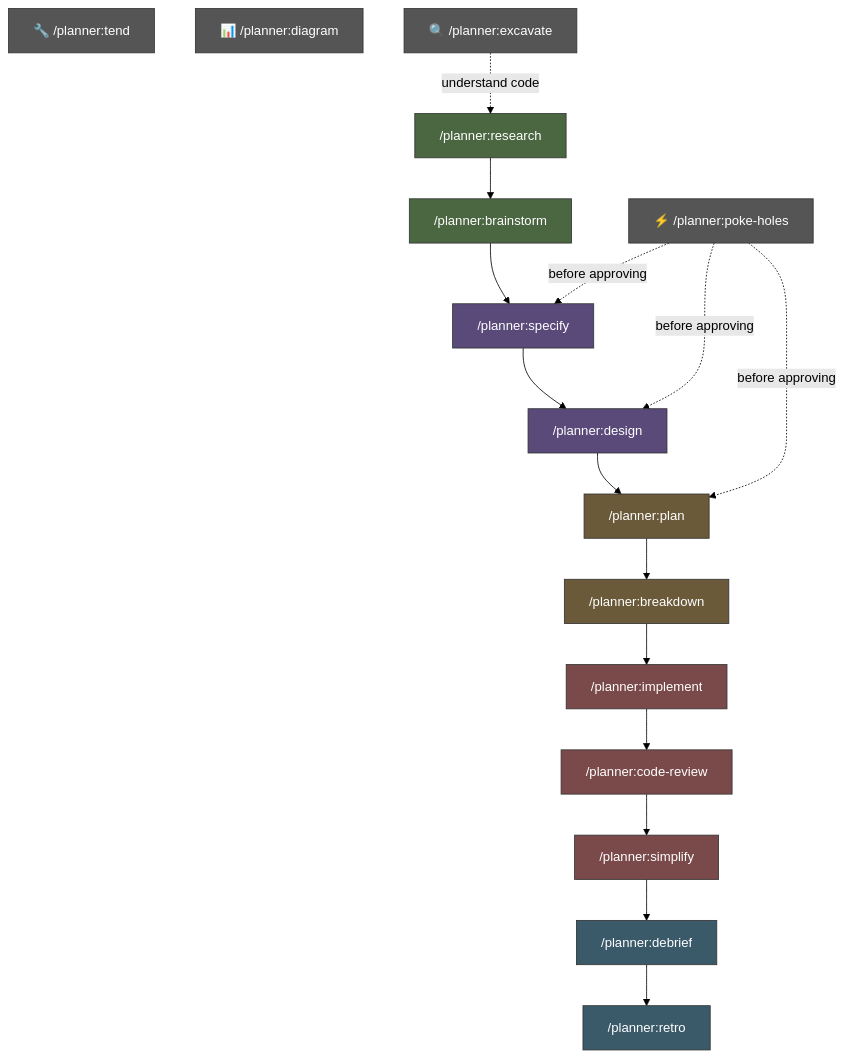
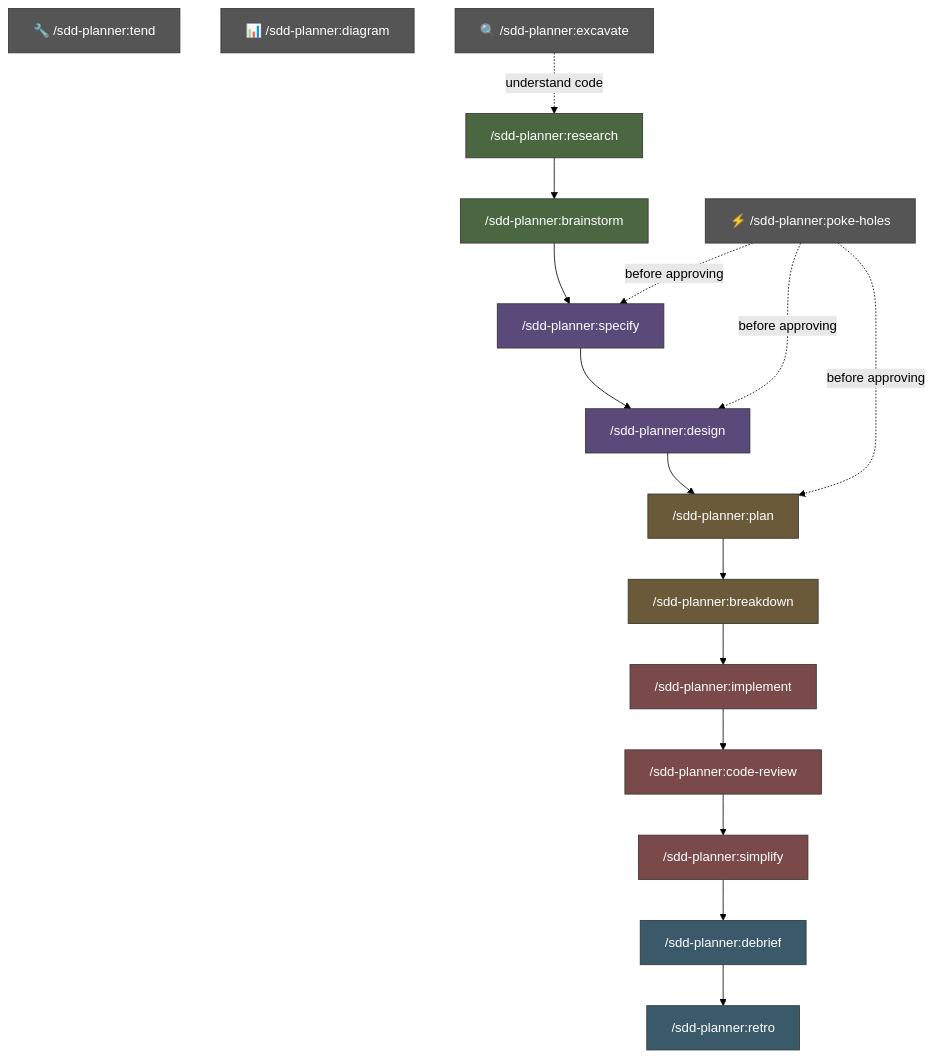
The second of 5 diagrams in README.md (danweinerdev/claude-project-planner), drawn with Mermaid (forest theme) before and after one commit. The commit also changed other lines of this file and 22 other files, not shown here.

First line of the commit message:
Rename plugin from "planner" to "sdd-planner"

````diff
--- a/README.md
+++ b/README.md
@@ -114,37 +114,37 @@
 ```mermaid
 graph TD
-    research["/planner:research"] --> brainstorm["/planner:brainstorm"]
-    brainstorm --> specify["/planner:specify"]
-    specify --> design["/planner:design"]
-    design --> plan["/planner:plan"]
-    plan --> breakdown["/planner:breakdown"]
-    breakdown --> implement["/planner:implement"]
-    implement --> codereview["/planner:code-review"]
-    codereview --> simplify["/planner:simplify"]
-    simplify --> debrief["/planner:debrief"]
-    debrief --> retro["/planner:retro"]
+    research["/sdd-planner:research"] --> brainstorm["/sdd-planner:brainstorm"]
+    brainstorm --> specify["/sdd-planner:specify"]
+    specify --> design["/sdd-planner:design"]
+    design --> plan["/sdd-planner:plan"]
+    plan --> breakdown["/sdd-planner:breakdown"]
+    breakdown --> implement["/sdd-planner:implement"]
+    implement --> codereview["/sdd-planner:code-review"]
+    codereview --> simplify["/sdd-planner:simplify"]
+    simplify --> debrief["/sdd-planner:debrief"]
+    debrief --> retro["/sdd-planner:retro"]
 
-    poke["⚡ /planner:poke-holes"]
-    tend["🔧 /planner:tend"]
-    diagram["📊 /planner:diagram"]
-    excavate["🔍 /planner:excavate"]
+    poke["⚡ /sdd-planner:poke-holes"]
+    tend["🔧 /sdd-planner:tend"]
+    diagram["📊 /sdd-planner:diagram"]
+    excavate["🔍 /sdd-planner:excavate"]
 
     poke -. "before approving" .-> specify
     poke -. "before approving" .-> design
     poke -. "before approving" .-> plan
     excavate -. "understand code" .-> research
 
     classDef discovery fill:#4a6741,stroke:#333,color:#fff
     classDef definition fill:#5a4a7a,stroke:#333,color:#fff
     classDef execution fill:#6a5a3a,stroke:#333,color:#fff
     classDef implementation fill:#7a4a4a,stroke:#333,color:#fff
     classDef review fill:#3a5a6a,stroke:#333,color:#fff
     classDef utility fill:#555,stroke:#333,color:#fff
 
     class research,brainstorm discovery
     class specify,design definition
     class plan,breakdown execution
     class implement,codereview,simplify implementation
     class debrief,retro review
     class poke,tend,diagram,excavate utility
 ```
````
